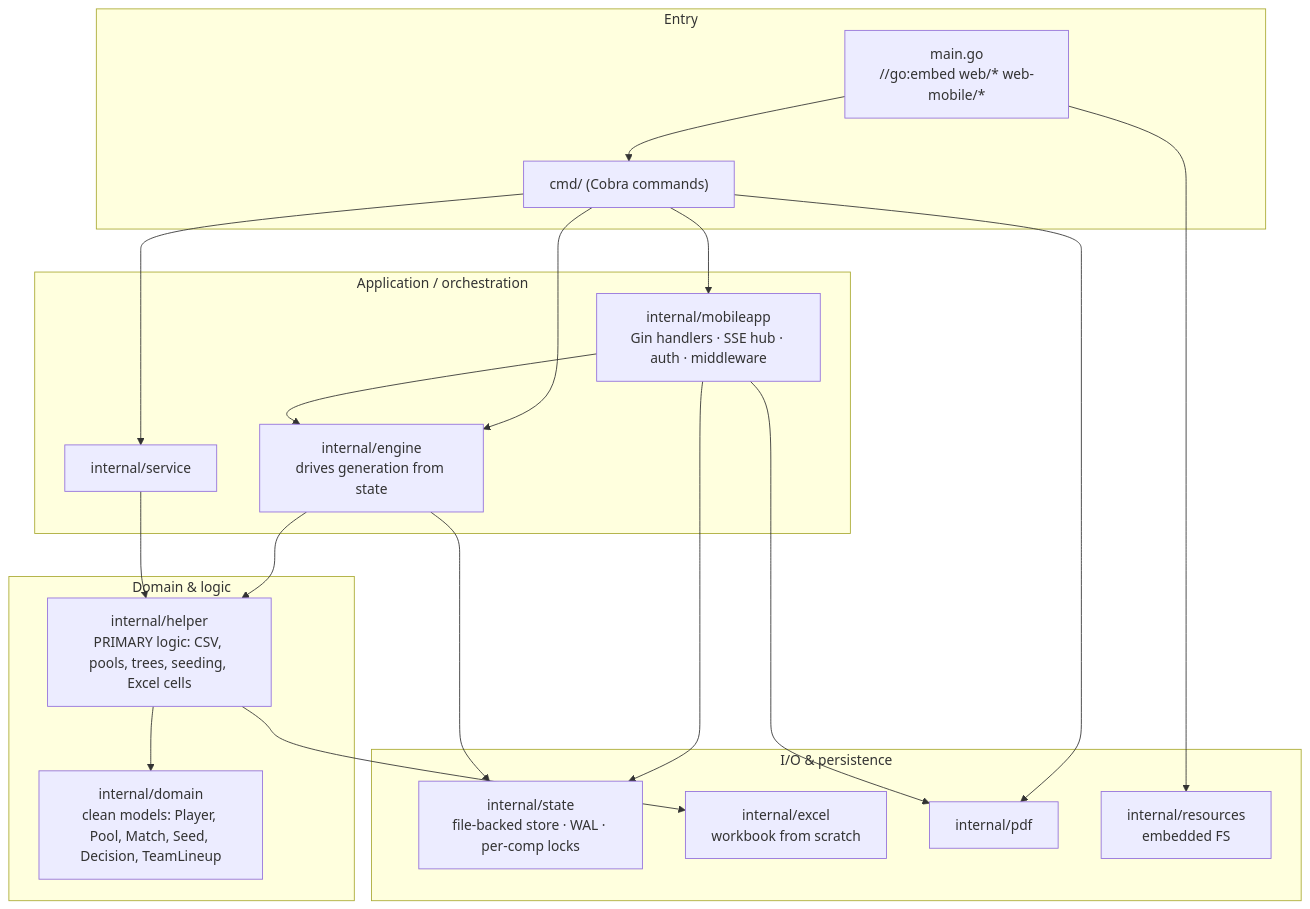
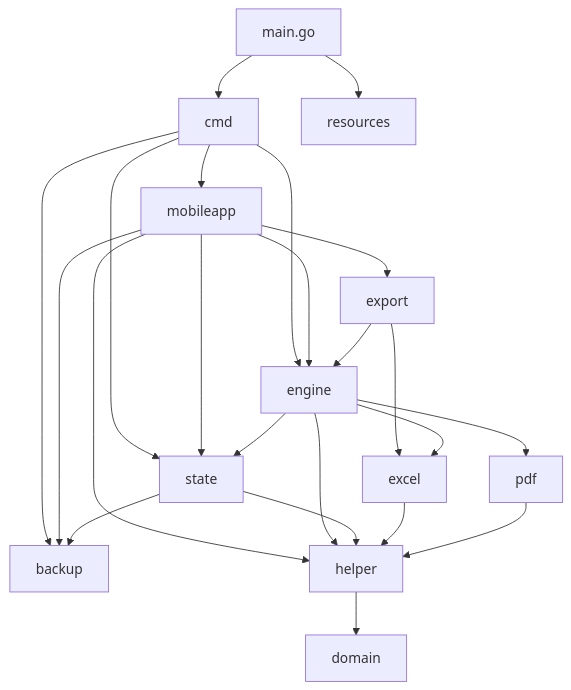
One commit to gitrgoliveira/bracket-creator changed the third of 8 diagrams in docs/architecture/software-architecture.md. Above: the diagram before and after it, drawn with Mermaid. The commit also changed other lines of this file and 49 other files, not shown here.

First line of the commit message:
fix(bc-arch): one transaction for participant edits; WAL stale-log guard; architecture docs

````diff
--- a/docs/architecture/software-architecture.md
+++ b/docs/architecture/software-architecture.md
@@ -59,33 +82,26 @@
 ```mermaid
-flowchart TD
-    subgraph entry["Entry"]
-        main["main.go<br/>//go:embed web/* web-mobile/*"]
-        cmd["cmd/ (Cobra commands)"]
-    end
-    subgraph app["Application / orchestration"]
-        mobileapp["internal/mobileapp<br/>Gin handlers · SSE hub · auth · middleware"]
-        engine["internal/engine<br/>drives generation from state"]
-        service["internal/service"]
-    end
-    subgraph domainlayer["Domain & logic"]
-        helper["internal/helper<br/>PRIMARY logic: CSV, pools, trees, seeding, Excel cells"]
-        domain["internal/domain<br/>clean models: Player, Pool, Match, Seed, Decision, TeamLineup"]
-    end
-    subgraph io["I/O & persistence"]
-        state["internal/state<br/>file-backed store · WAL · per-comp locks"]
-        excel["internal/excel<br/>workbook from scratch"]
-        pdf["internal/pdf"]
-        resources["internal/resources<br/>embedded FS"]
-    end
-
-    main --> cmd --> mobileapp & engine & service
+flowchart TB
+    main["main.go"]
+    main --> cmd
     main --> resources
-    mobileapp --> engine --> helper
+    cmd --> mobileapp
+    cmd --> engine
+    cmd --> state
+    cmd --> backup
+    mobileapp --> engine
+    mobileapp --> export
     mobileapp --> state
+    mobileapp --> backup
+    mobileapp --> helper
+    export --> engine
+    export --> excel
     engine --> state
-    service --> helper
+    engine --> excel
+    engine --> pdf
+    engine --> helper
+    state --> backup
+    state --> helper
+    excel --> helper
+    pdf --> helper
     helper --> domain
-    helper --> excel
-    cmd --> pdf
-    mobileapp --> pdf
 ```
````
